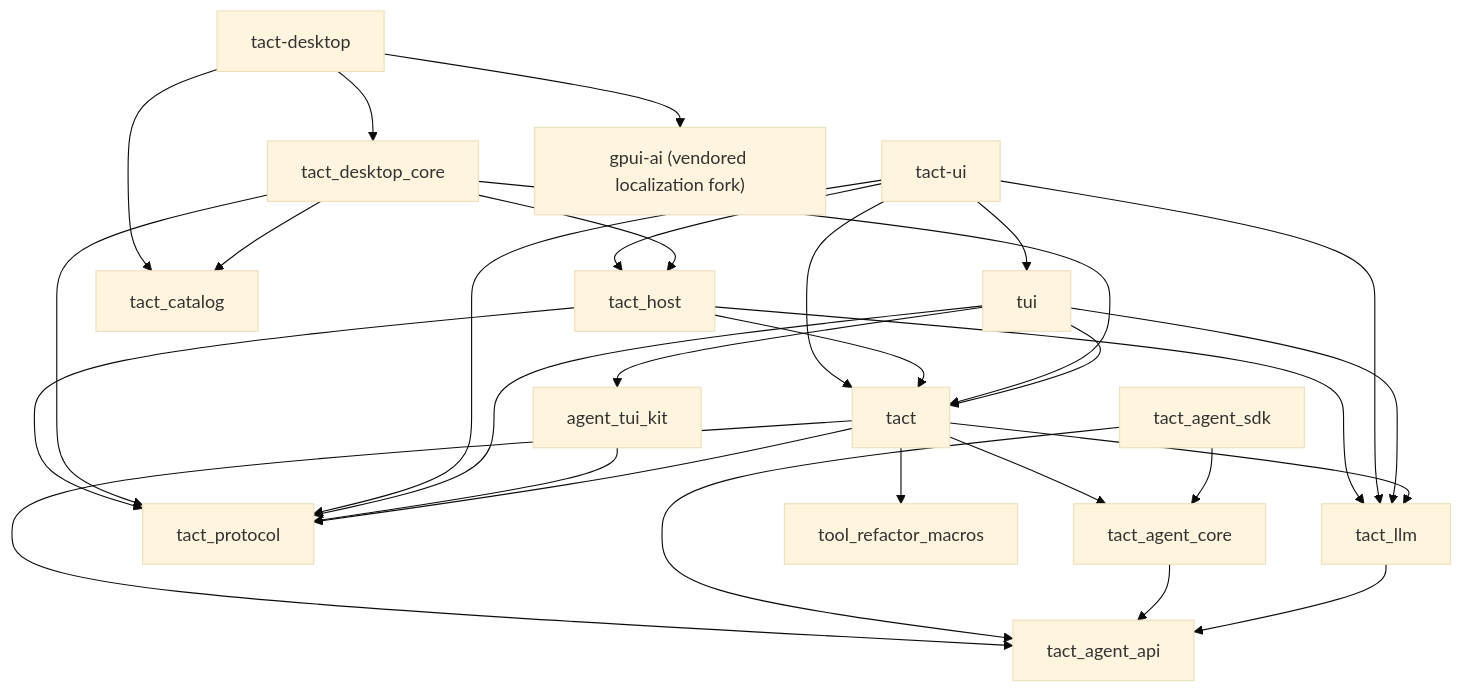
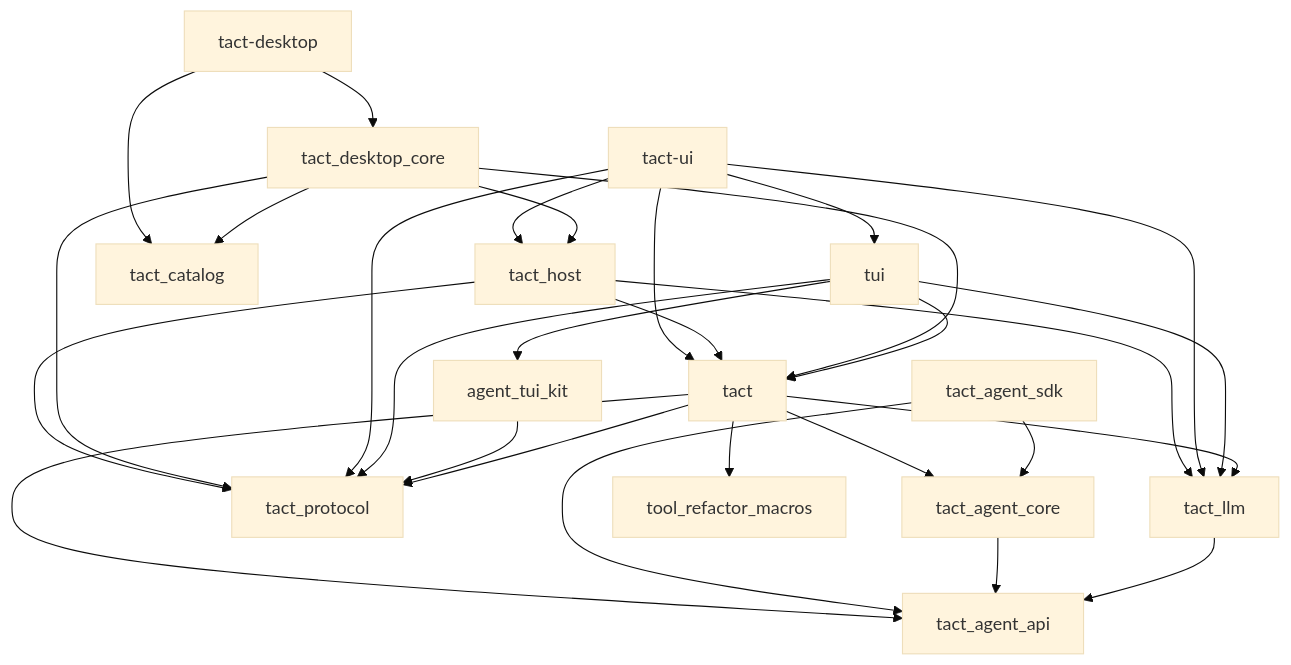
Before and after one commit to rust-infra/tact: the first of 10 diagrams in ARCHITECTURE.md, drawn with Mermaid (base theme). The commit also changed other lines of this file and 364 other files, not shown here.

First line of the commit message:
Desktop: themes, composer and transcript work, and the gpui-ai removal (#116)

````diff
--- a/ARCHITECTURE.md
+++ b/ARCHITECTURE.md
@@ -32,32 +32,31 @@
 ```mermaid
 flowchart TB
     tact_ui["tact-ui"] --> tact
     tact_ui --> tact_host["tact_host"]
     tact_host --> tact
     tact_host --> tact_llm
     tact_host --> tact_protocol
     tact_desktop["tact-desktop"] --> tact_desktop_core["tact_desktop_core"]
     tact_desktop --> tact_catalog
-    tact_desktop --> gpui_ai["gpui-ai (vendored localization fork)"]
     tact_desktop_core --> tact_host
     tact_desktop_core --> tact_catalog
     tact_desktop_core --> tact_protocol
     tact_desktop_core --> tact
     tact_ui --> tui
     tact_ui --> tact_llm
     tact_ui --> tact_protocol
     tui --> agent_tui_kit
     tui --> tact
     tui --> tact_llm
     tui --> tact_protocol
     agent_tui_kit --> tact_protocol
     tact --> tact_agent_api["tact_agent_api"]
     tact --> tact_agent_core["tact_agent_core"]
     tact --> tact_llm
     tact --> tact_protocol
     tact --> tool_refactor_macros
     tact_agent_sdk["tact_agent_sdk"] --> tact_agent_api["tact_agent_api"]
     tact_agent_sdk --> tact_agent_core["tact_agent_core"]
     tact_agent_core --> tact_agent_api
     tact_llm --> tact_agent_api
 ```
````
